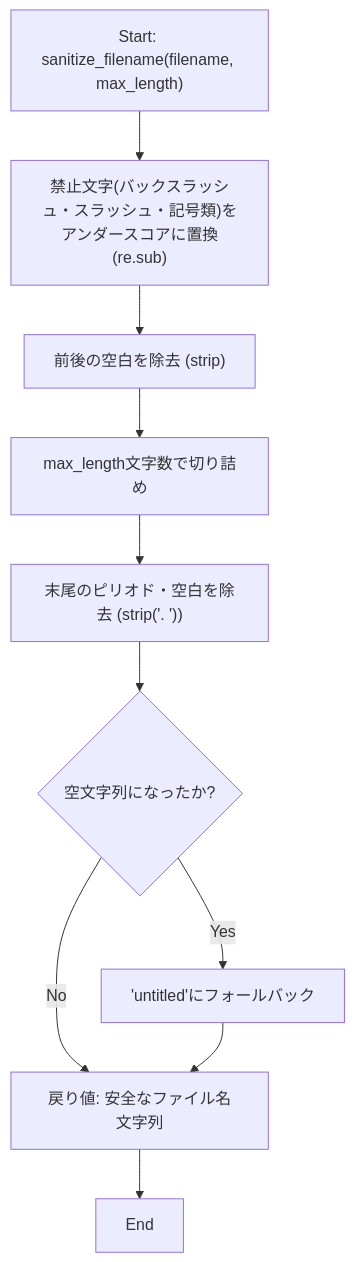
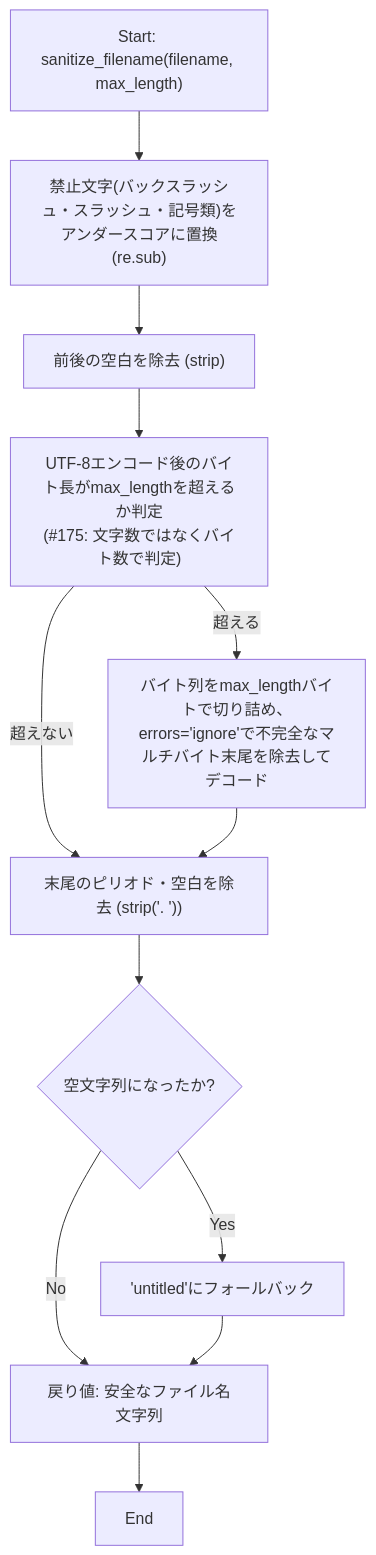
The first of 2 diagrams in docs/specifications/DDD/file_utils.md (mmtigers/my_python_project), drawn with Mermaid before and after one commit. The commit also changed other lines of this file and 7 other files, not shown here.

````diff
--- a/docs/specifications/DDD/file_utils.md
+++ b/docs/specifications/DDD/file_utils.md
@@ -62,12 +62,14 @@
 ```mermaid
 flowchart TD
     Start["Start: sanitize_filename(filename, max_length)"] --> Replace["禁止文字(バックスラッシュ・スラッシュ・記号類)をアンダースコアに置換<br>(re.sub)"]
     Replace --> Strip1["前後の空白を除去 (strip)"]
-    Strip1 --> Truncate["max_length文字数で切り詰め"]
+    Strip1 --> Encode["UTF-8エンコード後のバイト長がmax_lengthを超えるか判定<br>(#175: 文字数ではなくバイト数で判定)"]
+    Encode -- 超える --> Truncate["バイト列をmax_lengthバイトで切り詰め、<br>errors='ignore'で不完全なマルチバイト末尾を除去してデコード"]
+    Encode -- 超えない --> Strip2
     Truncate --> Strip2["末尾のピリオド・空白を除去 (strip('. '))"]
     Strip2 --> EmptyCheck{"空文字列になったか?"}
     EmptyCheck -- Yes --> Untitled["'untitled'にフォールバック"]
     EmptyCheck -- No --> Return["戻り値: 安全なファイル名文字列"]
     Untitled --> Return
     Return --> End["End"]
 ```
````
